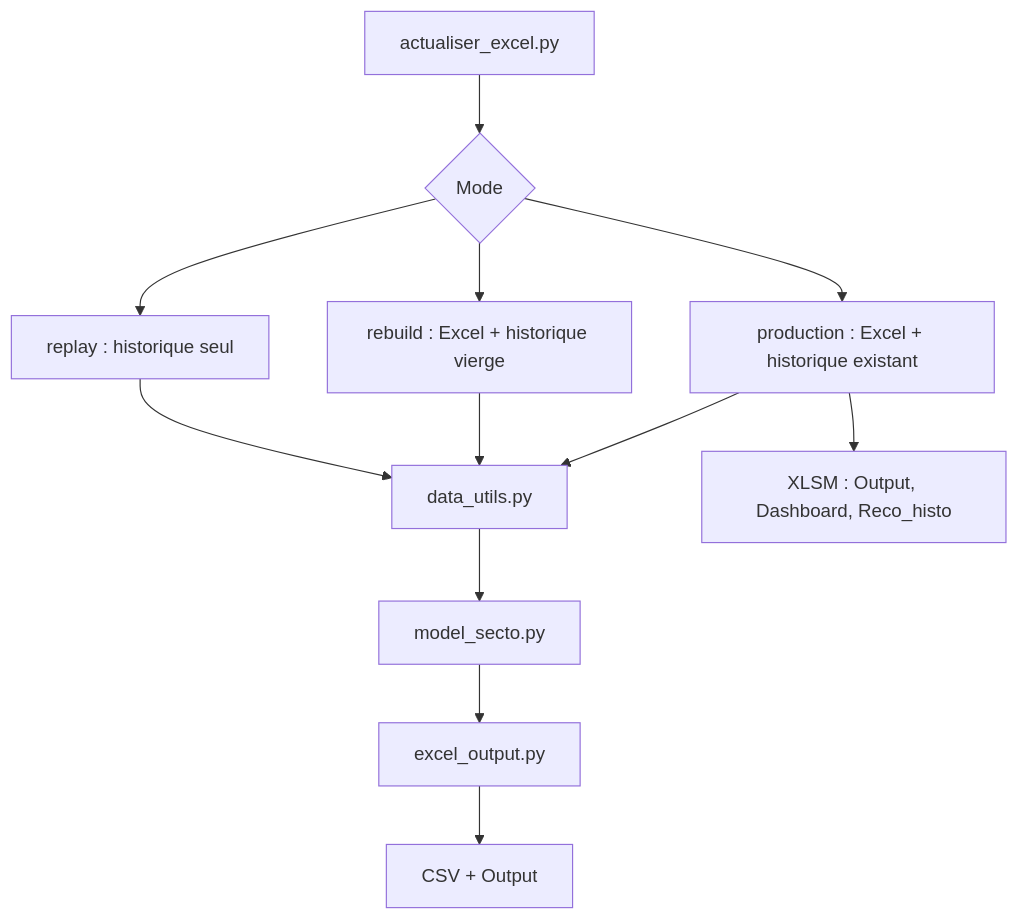
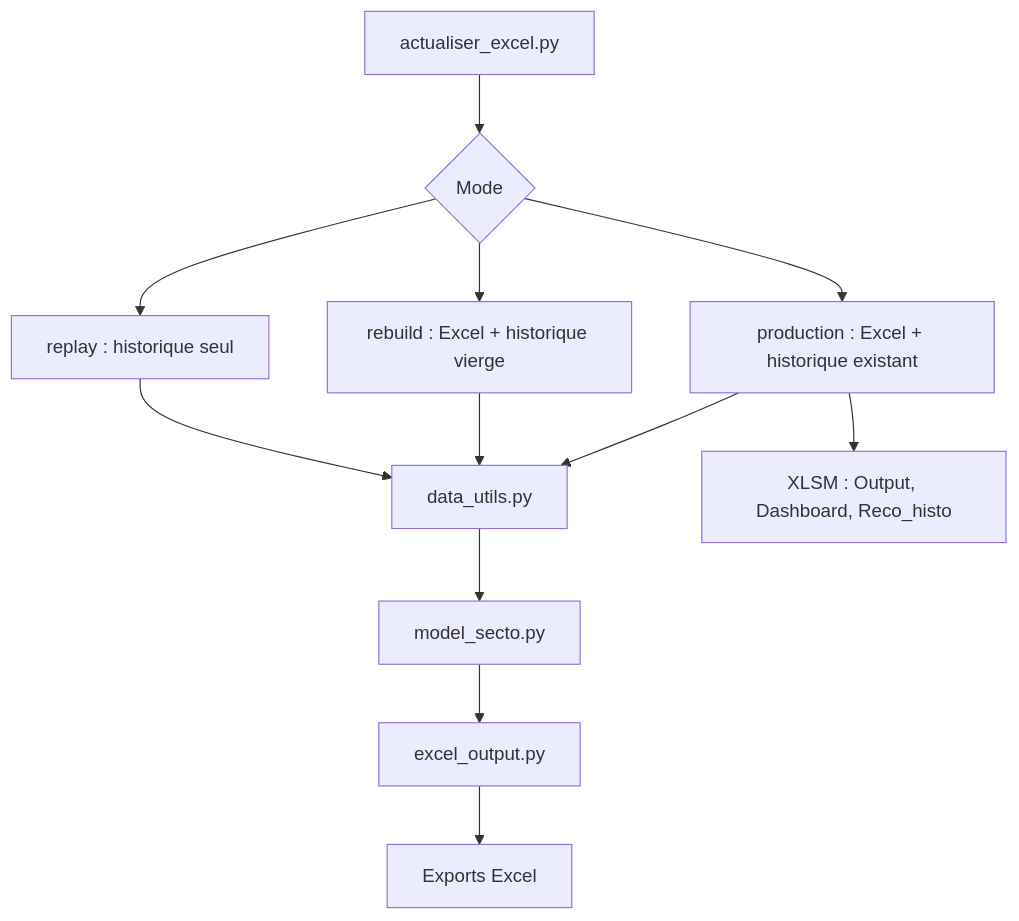
The diagram in README.md (happyivanencoding/s), drawn with Mermaid before and after one commit. The commit also changed other lines of this file and 11 other files, not shown here.

```diff
--- a/README.md
+++ b/README.md
@@ -7,14 +7,14 @@
 ~~~mermaid
 flowchart TD
     A["actualiser_excel.py"] --> B{"Mode"}
     B --> C["production : Excel + historique existant"]
     B --> D["rebuild : Excel + historique vierge"]
     B --> E["replay : historique seul"]
     C --> F["data_utils.py"]
     D --> F
     E --> F
     F --> G["model_secto.py"]
     G --> H["excel_output.py"]
-    H --> I["CSV + Output"]
+    H --> I["Exports Excel"]
     C --> J["XLSM : Output, Dashboard, Reco_histo"]
 ~~~
```
